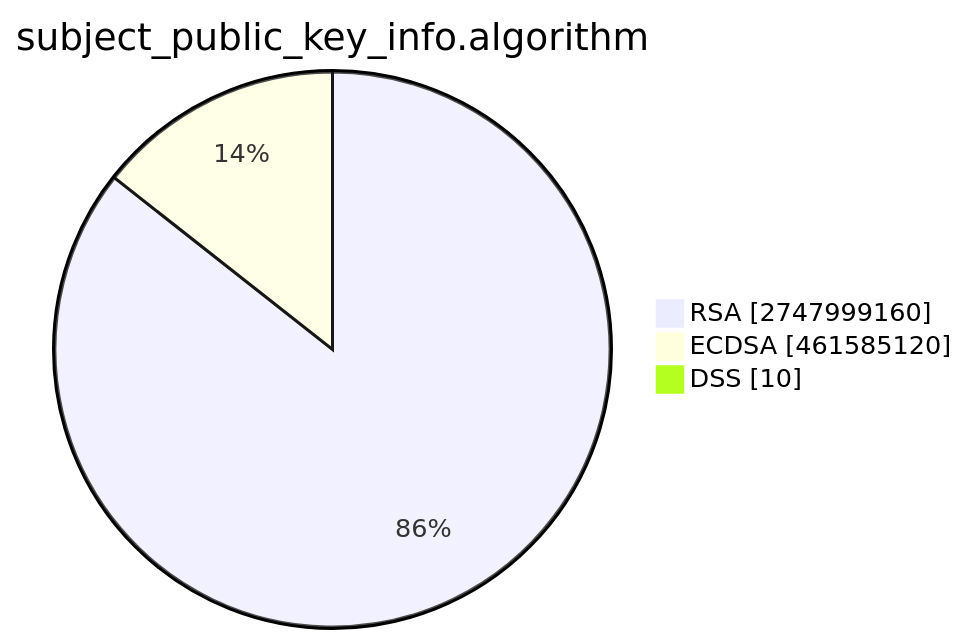
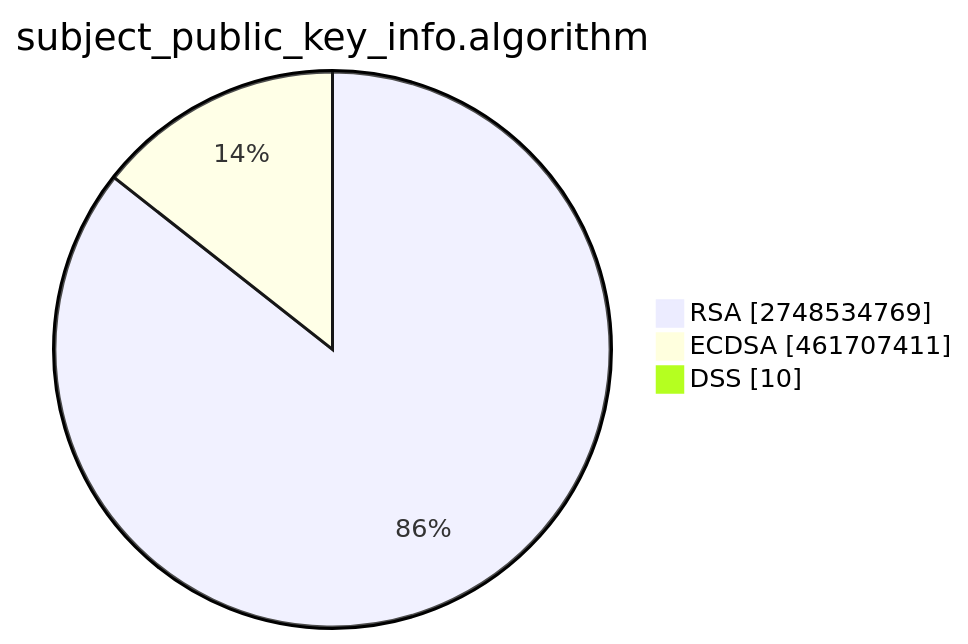
The second of 15 diagrams in TOTAL/README.md (christiankrug/ctmonitor_visualization), drawn with Mermaid before and after one commit. The commit also changed other lines of this file, not shown here.

````diff
--- a/TOTAL/README.md
+++ b/TOTAL/README.md
@@ -6,7 +6,7 @@
 ```mermaid
 pie showData
 title subject_public_key_info.algorithm
-"RSA" :2747999160
-"ECDSA" :461585120
+"RSA" :2748534769
+"ECDSA" :461707411
 "DSS" :10
 ```
````
